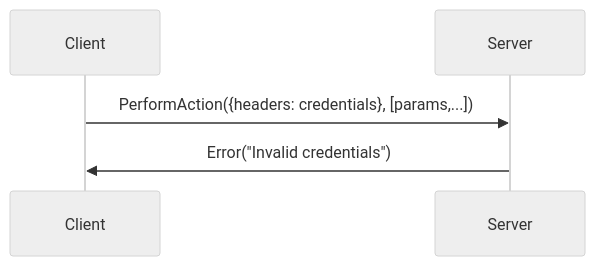
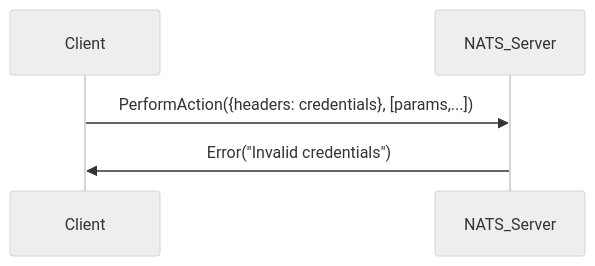
Before and after one commit to adimian/kova: the sixth of 8 diagrams in kova/authentication/docs.md, drawn with Mermaid (neutral theme). The commit also changed other lines of this file, not shown here.

````diff
--- a/kova/authentication/docs.md
+++ b/kova/authentication/docs.md
@@ -52,5 +52,5 @@
 ```mermaid
 sequenceDiagram
-    Client ->> Server: PerformAction({headers: credentials}, [params,...])
-    Server ->> Client: Error("Invalid credentials")
+    Client ->> NATS_Server: PerformAction({headers: credentials}, [params,...])
+    NATS_Server ->> Client: Error("Invalid credentials")
 ```
````
